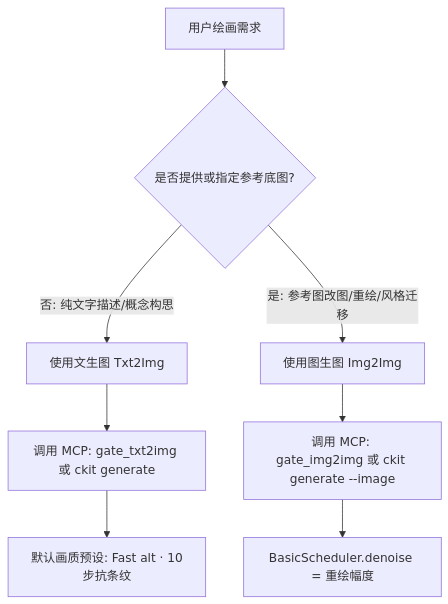
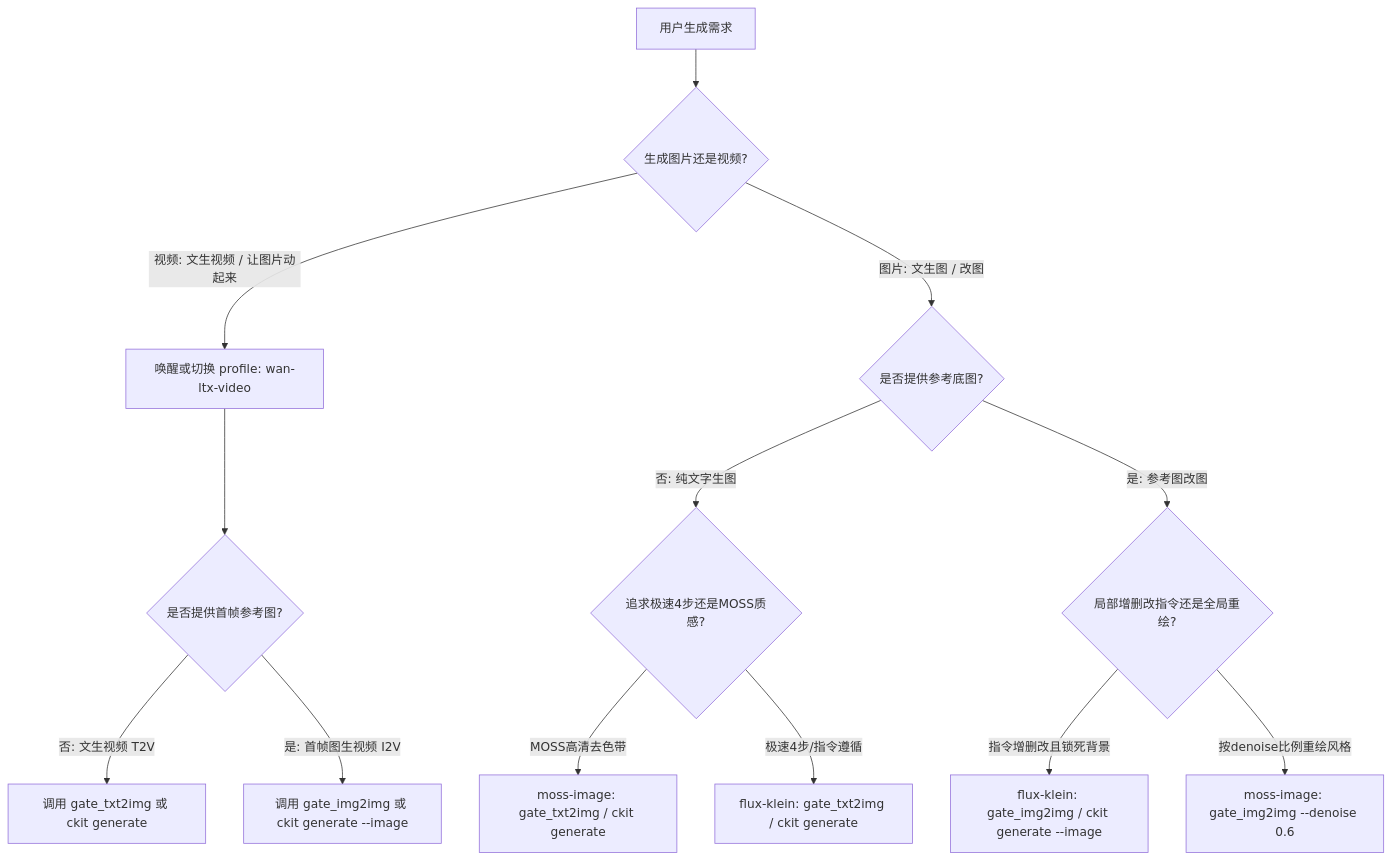
One commit to FireTable/comfy-colab-kit changed the diagram in skills/comfy-colab-kit/SKILL.md. Above: the diagram before and after it, drawn with Mermaid. The commit also changed other lines of this file and 42 other files, not shown here.

Commit message:
feat(profiles,cli,site): add flux-klein and wan-ltx-video profiles, App Mode support, and bump v0.3.0

````diff
--- a/skills/comfy-colab-kit/SKILL.md
+++ b/skills/comfy-colab-kit/SKILL.md
@@ -123,12 +135,17 @@
 ```mermaid
 flowchart TD
-    Req[用户绘画需求] --> HasImg{是否提供或指定参考底图?}
-    HasImg -- 否: 纯文字描述/概念构思 --> Txt2Img[使用文生图 Txt2Img]
-    HasImg -- 是: 参考图改图/重绘/风格迁移 --> Img2Img[使用图生图 Img2Img]
+    Req[用户生成需求] --> IsVideo{生成图片还是视频?}
+    IsVideo -- 视频: 文生视频 / 让图片动起来 --> WakeWan[唤醒或切换 profile: wan-ltx-video]
+    WakeWan --> HasStartImg{是否提供首帧参考图?}
+    HasStartImg -- 否: 文生视频 T2V --> WanT2V[调用 gate_txt2img 或 ckit generate]
+    HasStartImg -- 是: 首帧图生视频 I2V --> WanI2V[调用 gate_img2img 或 ckit generate --image]
 
-    Txt2Img --> ToolT2I[调用 MCP: gate_txt2img 或 ckit generate]
-    Img2Img --> ToolI2I[调用 MCP: gate_img2img 或 ckit generate --image]
+    IsVideo -- 图片: 文生图 / 改图 --> HasRefImg{是否提供参考底图?}
+    HasRefImg -- 否: 纯文字生图 --> PickT2I{追求极速4步还是MOSS质感?}
+    PickT2I -- MOSS高清去色带 --> MossT2I[moss-image: gate_txt2img / ckit generate]
+    PickT2I -- 极速4步/指令遵循 --> FluxT2I[flux-klein: gate_txt2img / ckit generate]
 
-    ToolT2I --> FastAlt[默认画质预设: Fast alt · 10步抗条纹]
-    ToolI2I --> SetDenoise[BasicScheduler.denoise = 重绘幅度]
+    HasRefImg -- 是: 参考图改图 --> PickI2I{局部增删改指令还是全局重绘?}
+    PickI2I -- 指令增删改且锁死背景 --> FluxEdit[flux-klein: gate_img2img / ckit generate --image]
+    PickI2I -- 按denoise比例重绘风格 --> MossI2I[moss-image: gate_img2img --denoise 0.6]
 ```
````
